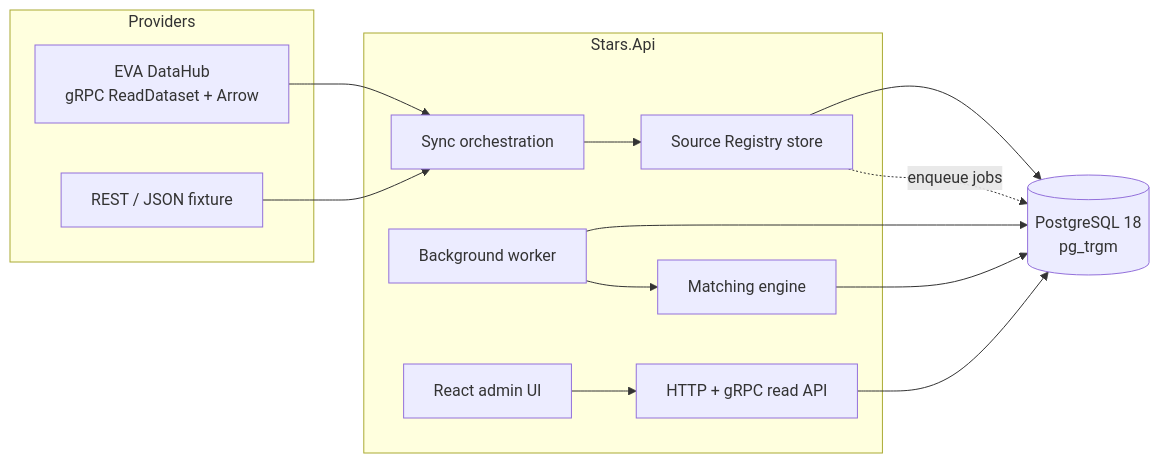
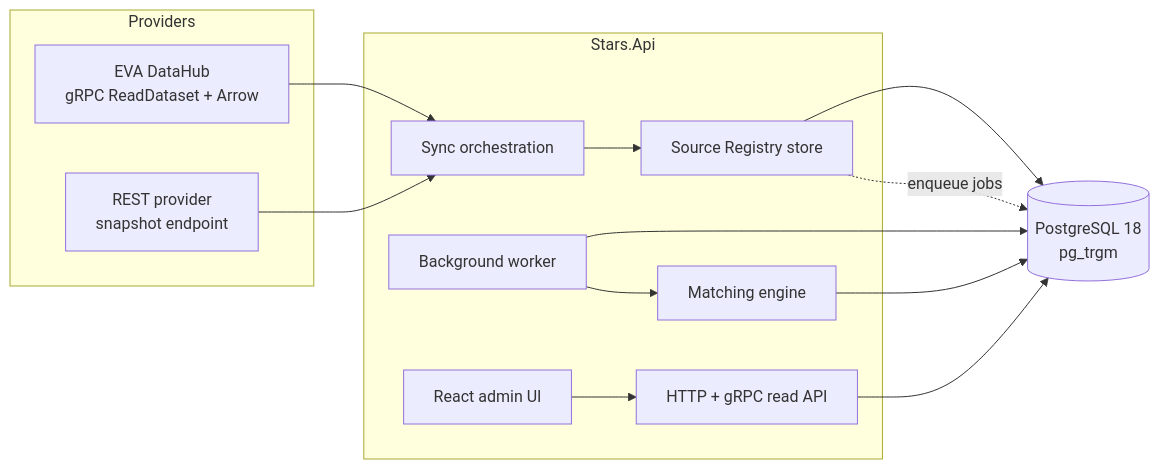
One commit to zollidan/stars changed the diagram in docs/architecture.md. Above: the diagram before and after it, drawn with Mermaid. The commit also changed other lines of this file and 50 other files, not shown here.

````diff
--- a/docs/architecture.md
+++ b/docs/architecture.md
@@ -13,29 +13,29 @@
 ```mermaid
 flowchart LR
     subgraph Providers
         EVA[EVA DataHub<br/>gRPC ReadDataset + Arrow]
-        REST[REST / JSON fixture]
+        REST[REST provider<br/>snapshot endpoint]
     end
 
     subgraph Host["Stars.Api"]
         SYNC[Sync orchestration]
         REG[Source Registry store]
         WORK[Background worker]
         MATCH[Matching engine]
         API[HTTP + gRPC read API]
         UI[React admin UI]
     end
 
     PG[(PostgreSQL 18<br/>pg_trgm)]
 
     EVA --> SYNC
     REST --> SYNC
     SYNC --> REG
     REG --> PG
     REG -. enqueue jobs .-> PG
     WORK --> PG
     WORK --> MATCH
     MATCH --> PG
     API --> PG
     UI --> API
 ```
````
